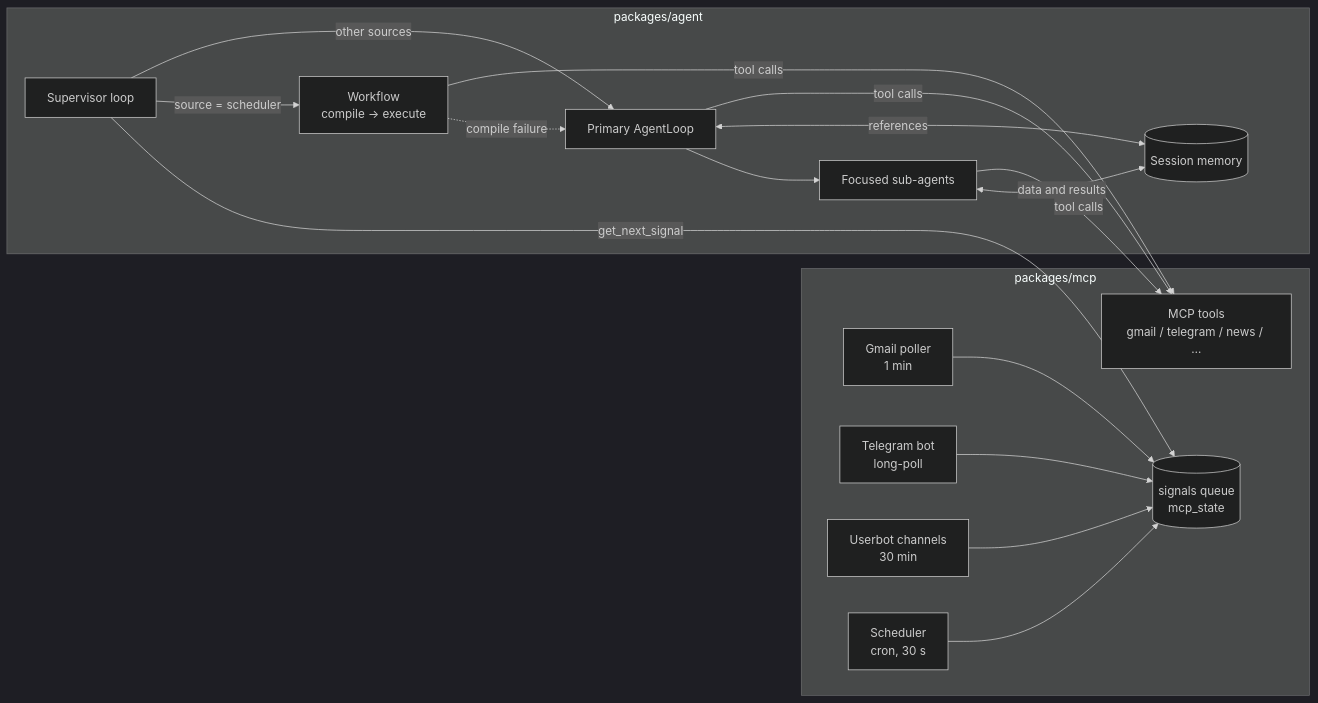
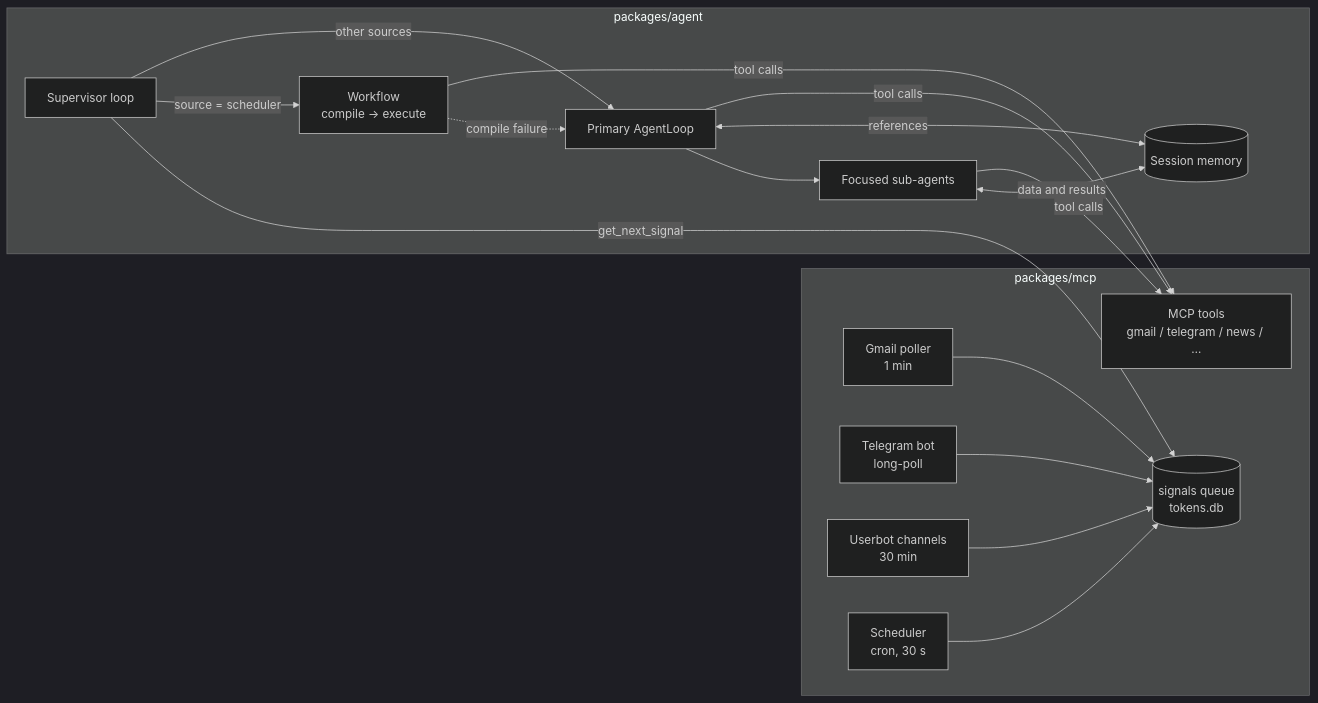
Before and after one commit to Ch4mpl00/ouro: the second of 2 diagrams in README.md, drawn with Mermaid (dark theme). The commit also changed other lines of this file and 39 other files, not shown here.

````diff
--- a/README.md
+++ b/README.md
@@ -103,24 +103,24 @@
 ```mermaid
 flowchart LR
     subgraph mcp [packages/mcp]
         P1[Gmail poller<br/>1 min] --> Q
         P2[Telegram bot<br/>long-poll] --> Q
         P3[Userbot channels<br/>30 min] --> Q
         P4[Scheduler<br/>cron, 30 s] --> Q
-        Q[(signals queue<br/>mcp_state)]
+        Q[(signals queue<br/>tokens.db)]
         T[MCP tools<br/>gmail / telegram / news / …]
     end
 
     subgraph agent [packages/agent]
         S[Supervisor loop] -->|get_next_signal| Q
         S -->|source = scheduler| W[Workflow<br/>compile → execute]
         S -->|other sources| L[Primary AgentLoop]
         W -.->|compile failure| L
         W -->|tool calls| T
         L --> C[Focused sub-agents]
         L <-->|references| M[(Session memory)]
         C <-->|data and results| M
         L -->|tool calls| T
         C -->|tool calls| T
     end
 ```
````
